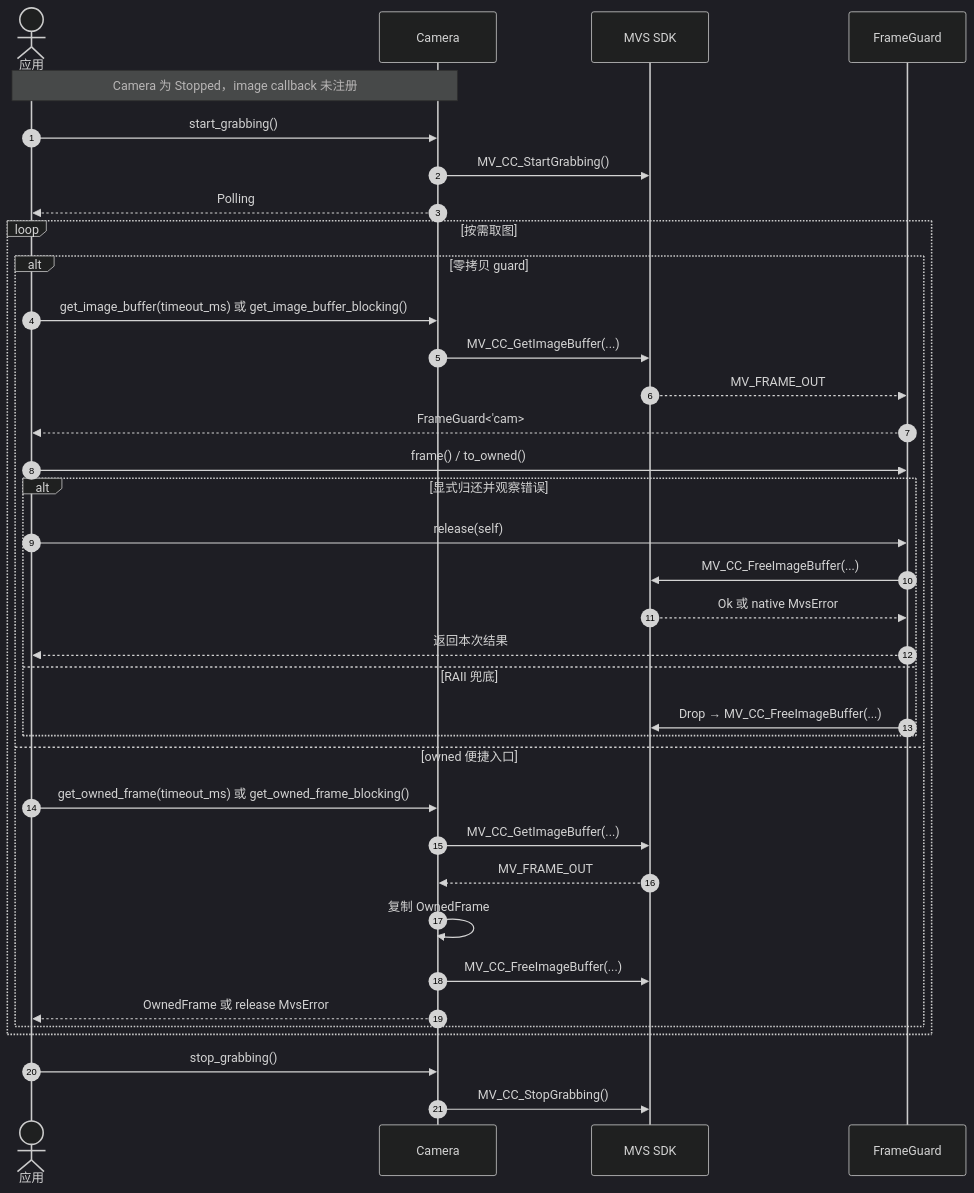
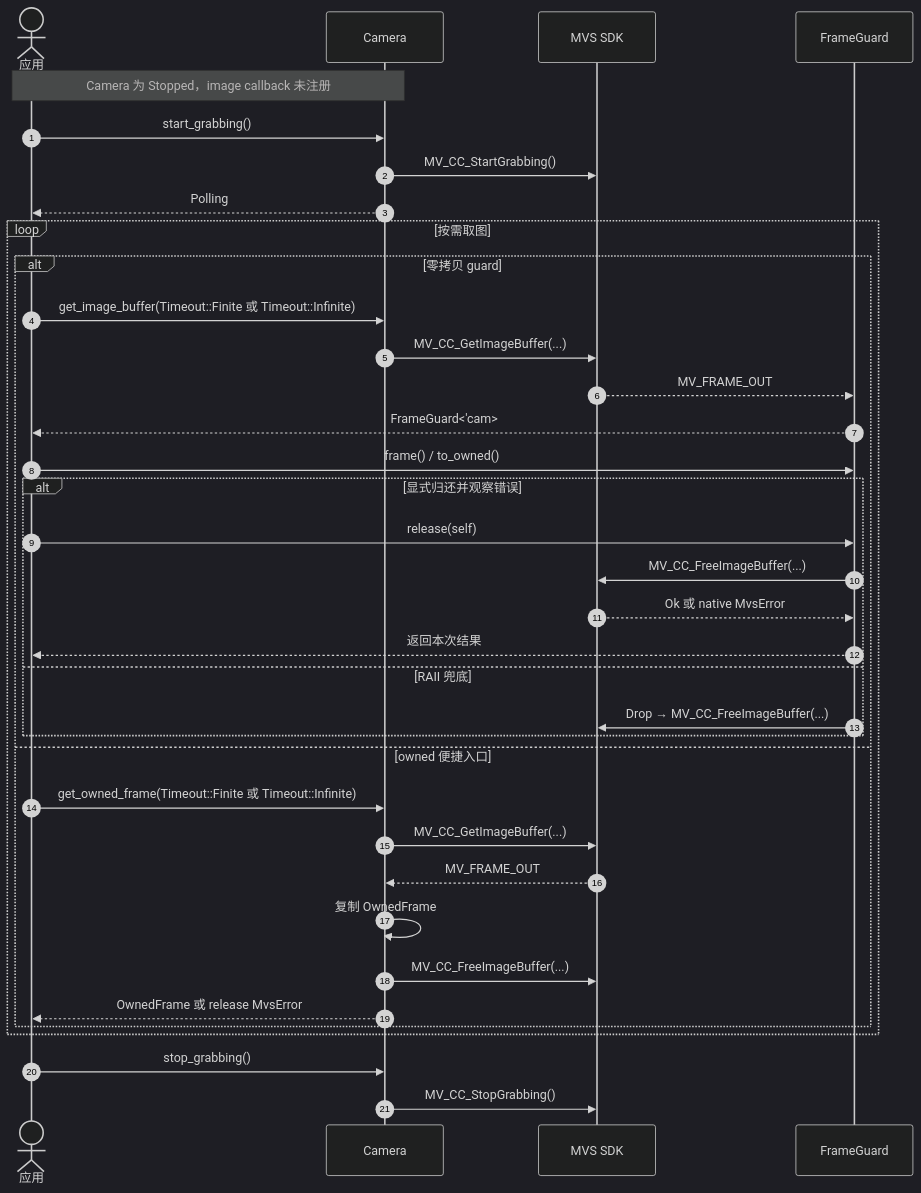
One commit to JSB-Unscarred/mvs-sdk-rs changed the diagram in 时序图/轮询取图与buffer归还.md. Above: the diagram before and after it, drawn with Mermaid (dark theme). The commit also changed other lines of this file and 20 other files, not shown here.

````diff
--- a/时序图/轮询取图与buffer归还.md
+++ b/时序图/轮询取图与buffer归还.md
@@ -3,41 +3,41 @@
 ```mermaid
 sequenceDiagram
     autonumber
     actor App as 应用
     participant Camera as Camera
     participant Native as MVS SDK
     participant Guard as FrameGuard
 
     Note over App,Camera: Camera 为 Stopped，image callback 未注册
     App->>Camera: start_grabbing()
     Camera->>Native: MV_CC_StartGrabbing()
     Camera-->>App: Polling
 
     loop 按需取图
         alt 零拷贝 guard
-            App->>Camera: get_image_buffer(timeout_ms) 或 get_image_buffer_blocking()
+            App->>Camera: get_image_buffer(Timeout::Finite 或 Timeout::Infinite)
             Camera->>Native: MV_CC_GetImageBuffer(...)
             Native-->>Guard: MV_FRAME_OUT
             Guard-->>App: FrameGuard<'cam>
             App->>Guard: frame() / to_owned()
             alt 显式归还并观察错误
                 App->>Guard: release(self)
                 Guard->>Native: MV_CC_FreeImageBuffer(...)
                 Native-->>Guard: Ok 或 native MvsError
                 Guard-->>App: 返回本次结果
             else RAII 兜底
                 Guard->>Native: Drop → MV_CC_FreeImageBuffer(...)
             end
         else owned 便捷入口
-            App->>Camera: get_owned_frame(timeout_ms) 或 get_owned_frame_blocking()
+            App->>Camera: get_owned_frame(Timeout::Finite 或 Timeout::Infinite)
             Camera->>Native: MV_CC_GetImageBuffer(...)
             Native-->>Camera: MV_FRAME_OUT
             Camera->>Camera: 复制 OwnedFrame
             Camera->>Native: MV_CC_FreeImageBuffer(...)
             Camera-->>App: OwnedFrame 或 release MvsError
         end
     end
 
     App->>Camera: stop_grabbing()
     Camera->>Native: MV_CC_StopGrabbing()
 ```
````
